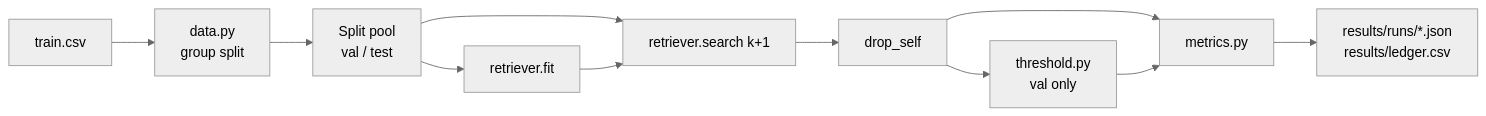
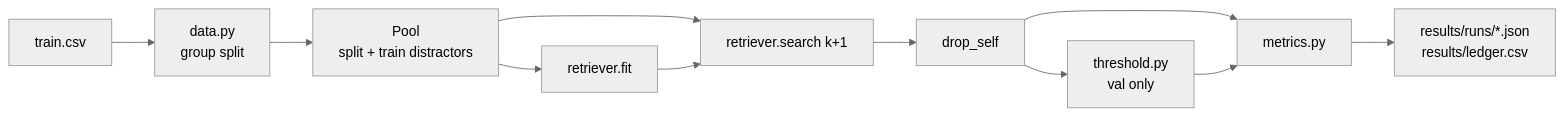
Before and after one commit to stkef/matchlens: the diagram in docs/architecture.md, drawn with Mermaid (neutral theme). The commit also changed other lines of this file and 13 other files, not shown here.

````diff
--- a/docs/architecture.md
+++ b/docs/architecture.md
@@ -5,13 +5,13 @@
 ```mermaid
 flowchart LR
     CSV[train.csv] --> SPLIT[data.py<br/>group split]
-    SPLIT --> POOL[Split pool<br/>val / test]
+    SPLIT --> POOL[Pool<br/>split + train distractors]
     POOL --> FIT[retriever.fit]
     POOL --> SEARCH[retriever.search k+1]
     FIT --> SEARCH
     SEARCH --> DROP[drop_self]
     DROP --> MET[metrics.py]
     DROP --> THR[threshold.py<br/>val only]
     THR --> MET
     MET --> OUT[results/runs/*.json<br/>results/ledger.csv]
 ```
````
